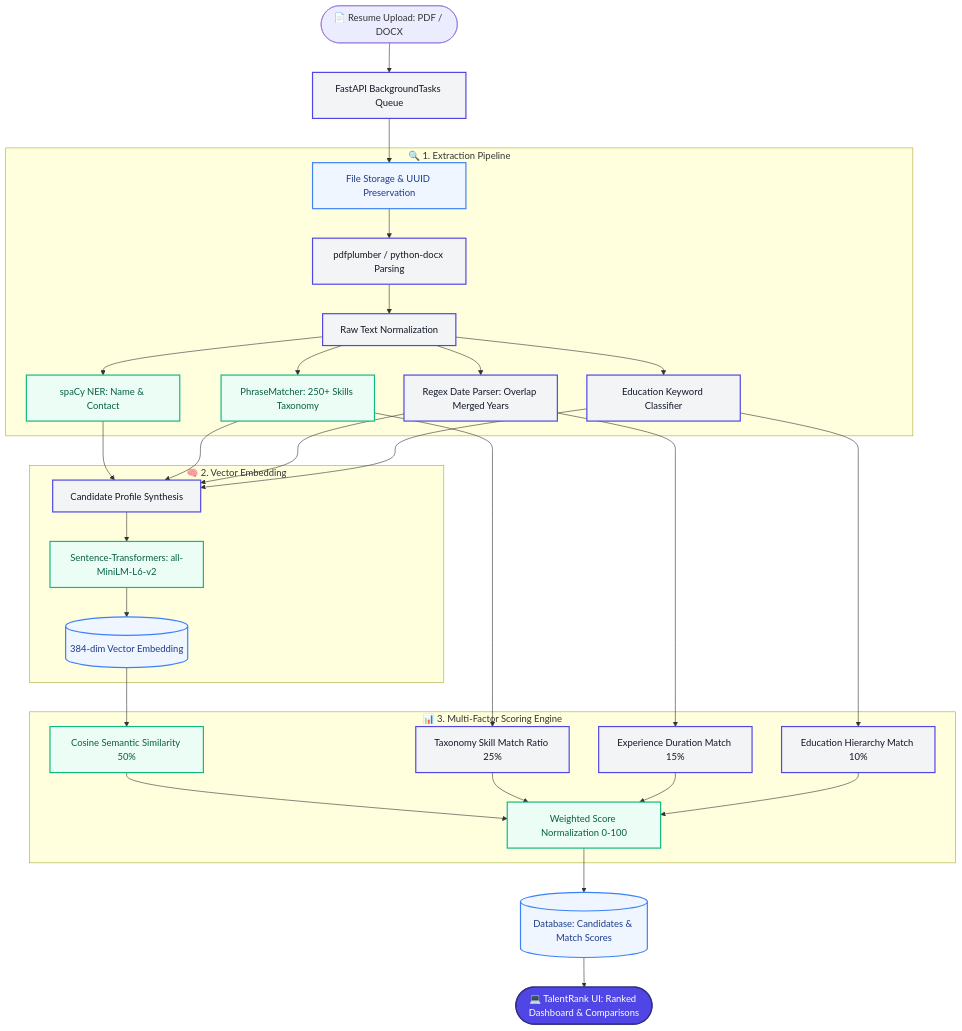
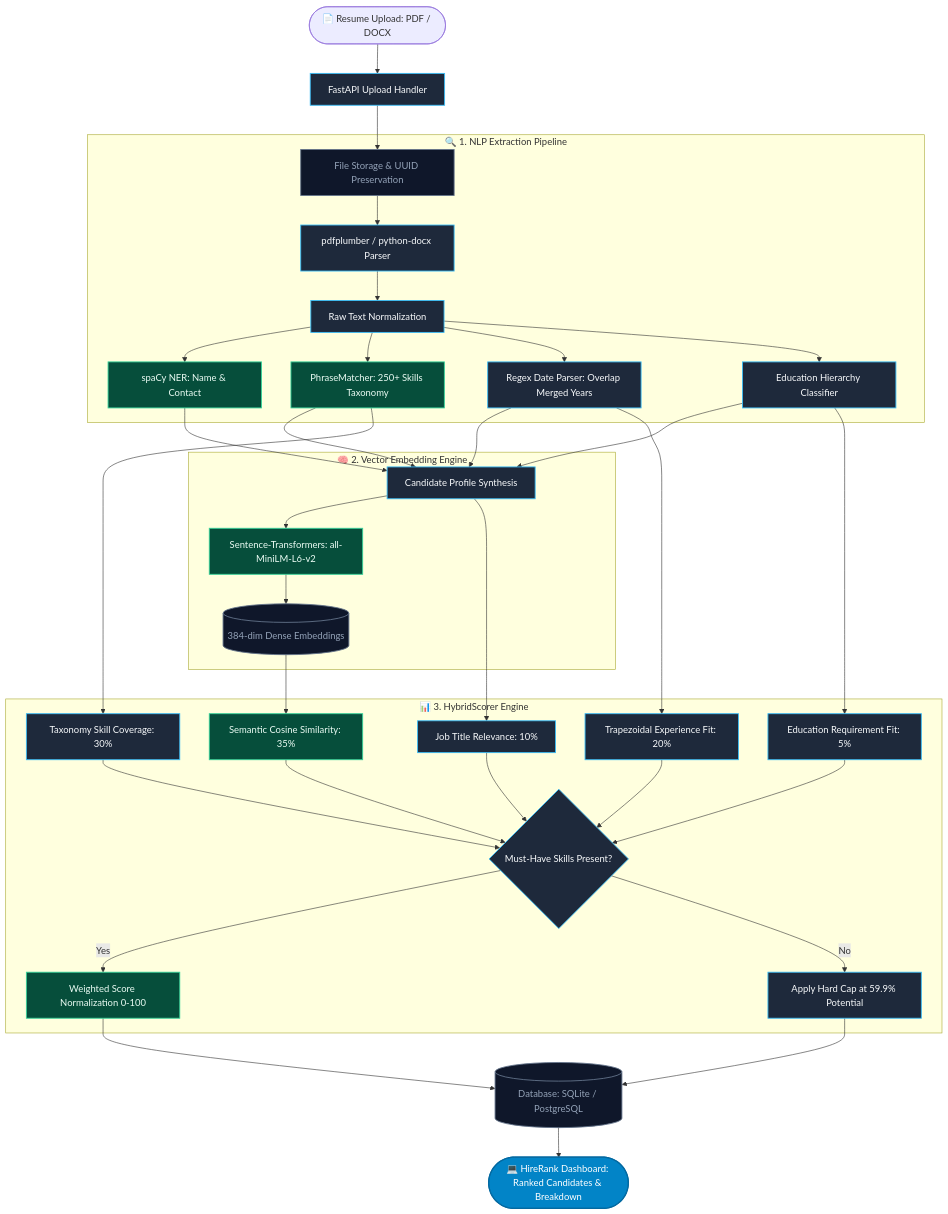
The diagram in README.md (atharv3046/HireRank), drawn with Mermaid before and after one commit. The commit also changed other lines of this file and 6 other files, not shown here.

Commit message:
feat: update README and refine upload, guest screening, and candidate flows

````diff
--- a/README.md
+++ b/README.md
@@ -60,36 +72,39 @@
 ```mermaid
 flowchart TD
-    classDef startEnd fill:#4F46E5,stroke:#312E81,stroke-width:2px,color:#fff;
-    classDef process fill:#F3F4F6,stroke:#4F46E5,stroke-width:2px,color:#111827;
-    classDef storage fill:#EFF6FF,stroke:#3B82F6,stroke-width:2px,color:#1E3A8A;
-    classDef ml fill:#ECFDF5,stroke:#10B981,stroke-width:2px,color:#065F46;
+    classDef startEnd fill:#0284c7,stroke:#0369a1,stroke-width:2px,color:#fff;
+    classDef process fill:#1e293b,stroke:#38bdf8,stroke-width:1.5px,color:#f8fafc;
+    classDef storage fill:#0f172a,stroke:#64748b,stroke-width:1.5px,color:#94a3b8;
+    classDef ml fill:#064e3b,stroke:#34d399,stroke-width:1.5px,color:#ecfdf5;
 
-    A([📄 Resume Upload: PDF / DOCX]) --> B[FastAPI BackgroundTasks Queue]:::process
+    A([📄 Resume Upload: PDF / DOCX]) --> B[FastAPI Upload Handler]:::process
     B --> C[File Storage & UUID Preservation]:::storage
     
-    subgraph Extraction_Stage [🔍 1. Extraction Pipeline]
-        C --> D[pdfplumber / python-docx Parsing]:::process
+    subgraph Extraction_Stage [🔍 1. NLP Extraction Pipeline]
+        C --> D[pdfplumber / python-docx Parser]:::process
         D --> E[Raw Text Normalization]:::process
         E --> F[spaCy NER: Name & Contact]:::ml
         E --> G[PhraseMatcher: 250+ Skills Taxonomy]:::ml
         E --> H[Regex Date Parser: Overlap Merged Years]:::process
-        E --> I[Education Keyword Classifier]:::process
+        E --> I[Education Hierarchy Classifier]:::process
     end
 
-    subgraph Embedding_Stage [🧠 2. Vector Embedding]
+    subgraph Embedding_Stage [🧠 2. Vector Embedding Engine]
         F & G & H & I --> J[Candidate Profile Synthesis]:::process
         J --> K[Sentence-Transformers: all-MiniLM-L6-v2]:::ml
-        K --> L[(384-dim Vector Embedding)]:::storage
+        K --> L[(384-dim Dense Embeddings)]:::storage
     end
 
-    subgraph Scoring_Stage [📊 3. Multi-Factor Scoring Engine]
-        L --> M[Cosine Semantic Similarity 50%]:::ml
-        G --> N[Taxonomy Skill Match Ratio 25%]:::process
-        H --> O[Experience Duration Match 15%]:::process
-        I --> P[Education Hierarchy Match 10%]:::process
-        M & N & O & P --> Q[Weighted Score Normalization 0-100]:::ml
+    subgraph Scoring_Stage [📊 3. HybridScorer Engine]
+        L --> M[Semantic Cosine Similarity: 35%]:::ml
+        G --> N[Taxonomy Skill Coverage: 30%]:::process
+        H --> O[Trapezoidal Experience Fit: 20%]:::process
+        J --> P[Job Title Relevance: 10%]:::process
+        I --> Q[Education Requirement Fit: 5%]:::process
+        M & N & O & P & Q --> R{Must-Have Skills Present?}:::process
+        R -- Yes --> S[Weighted Score Normalization 0-100]:::ml
+        R -- No --> T[Apply Hard Cap at 59.9% Potential]:::process
     end
 
-    Q --> R[(Database: Candidates & Match Scores)]:::storage
-    R --> S([💻 TalentRank UI: Ranked Dashboard & Comparisons]):::startEnd
+    S & T --> U[(Database: SQLite / PostgreSQL)]:::storage
+    U --> V([💻 HireRank Dashboard: Ranked Candidates & Breakdown]):::startEnd
 ```
````
